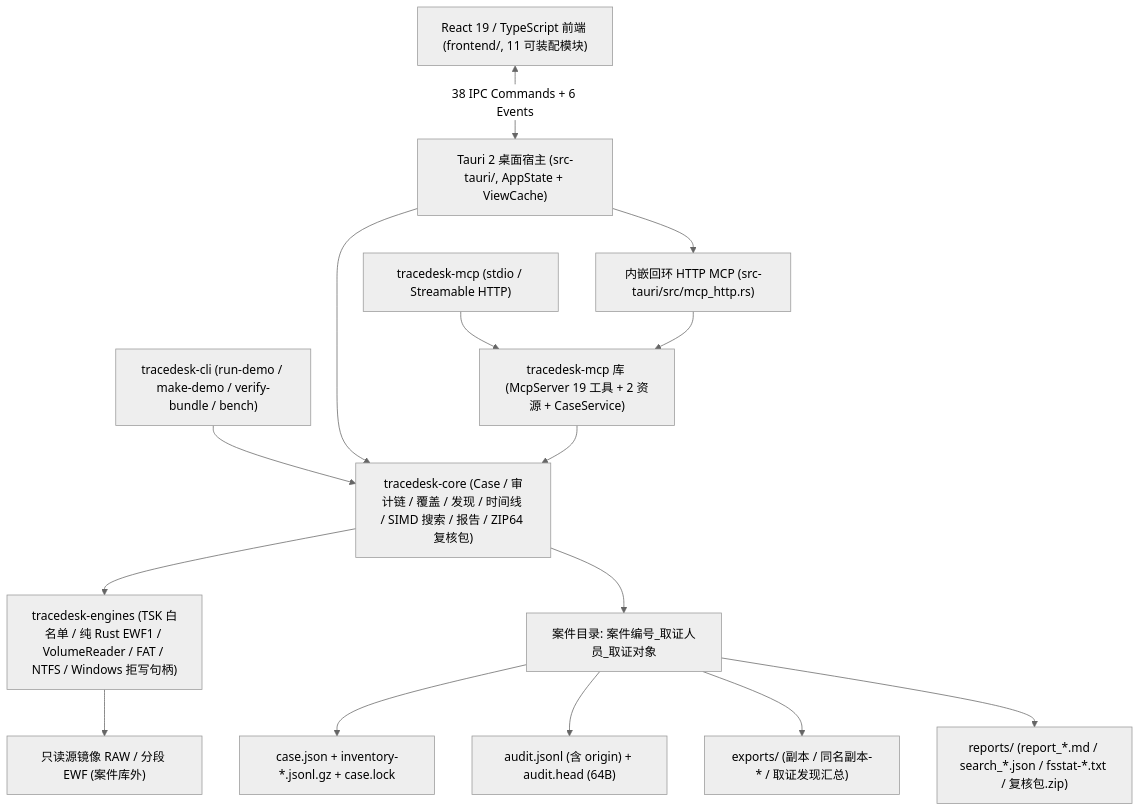
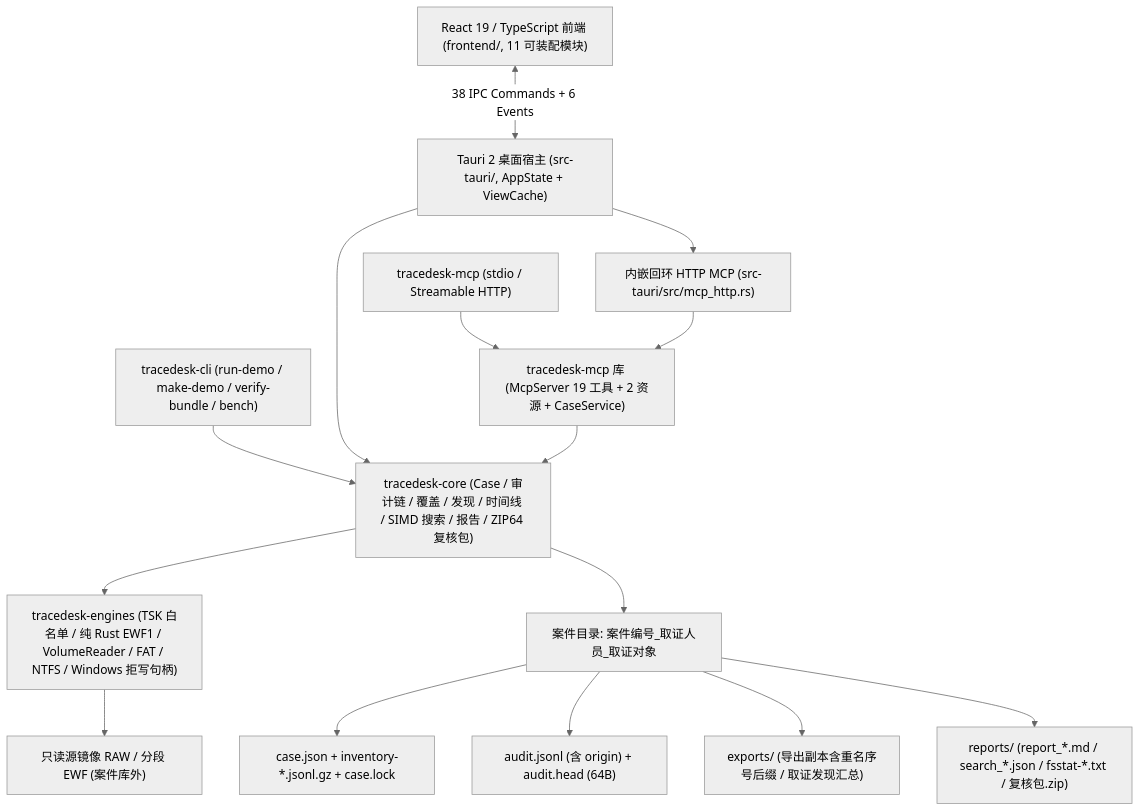
Before and after one commit to CYMR-1/TraceDesk: the diagram in docs/设计与验收说明.md, drawn with Mermaid (neutral theme). The commit also changed other lines of this file and 11 other files, not shown here.

````diff
--- a/docs/设计与验收说明.md
+++ b/docs/设计与验收说明.md
@@ -30,19 +30,19 @@
 ```mermaid
 flowchart TD
     UI["React 19 / TypeScript 前端 (frontend/, 11 可装配模块)"] <-->|"38 IPC Commands + 6 Events"| TAURI["Tauri 2 桌面宿主 (src-tauri/, AppState + ViewCache)"]
     TAURI --> EMB["内嵌回环 HTTP MCP (src-tauri/src/mcp_http.rs)"]
     CLI["tracedesk-cli (run-demo / make-demo / verify-bundle / bench)"] --> CORE
     MCPBIN["tracedesk-mcp (stdio / Streamable HTTP)"] --> MCPLIB["tracedesk-mcp 库 (McpServer 19 工具 + 2 资源 + CaseService)"]
     EMB --> MCPLIB
 
     TAURI --> CORE["tracedesk-core (Case / 审计链 / 覆盖 / 发现 / 时间线 / SIMD 搜索 / 报告 / ZIP64 复核包)"]
     MCPLIB --> CORE
     CORE --> ENG["tracedesk-engines (TSK 白名单 / 纯 Rust EWF1 / VolumeReader / FAT / NTFS / Windows 拒写句柄)"]
     ENG --> IMG["只读源镜像 RAW / 分段 EWF (案件库外)"]
 
     CORE --> CASE["案件目录: 案件编号_取证人员_取证对象"]
     CASE --> META["case.json + inventory-*.jsonl.gz + case.lock"]
     CASE --> AUD["audit.jsonl (含 origin) + audit.head (64B)"]
-    CASE --> EXP["exports/ (副本 / 同名副本-* / 取证发现汇总)"]
+    CASE --> EXP["exports/ (导出副本含重名序号后缀 / 取证发现汇总)"]
     CASE --> REP["reports/ (report_*.md / search_*.json / fsstat-*.txt / 复核包.zip)"]
 ```
````
